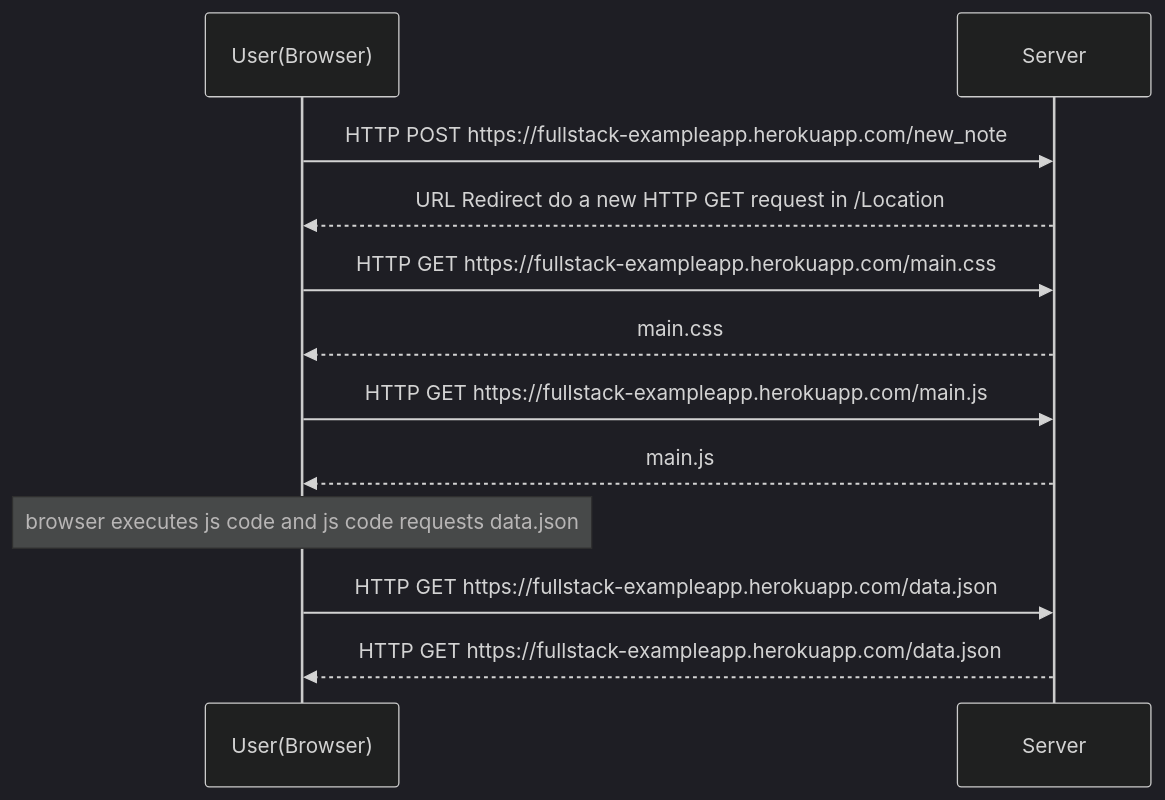
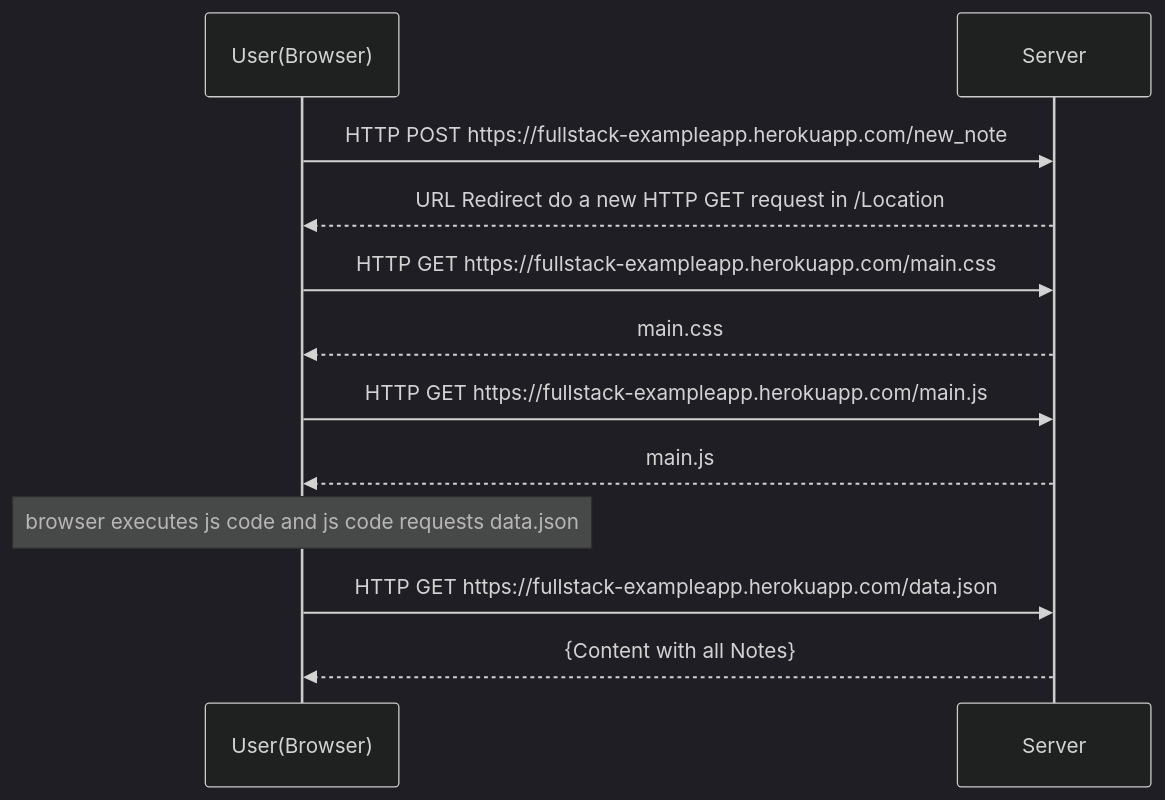
The diagram in part0/0.4: New note diagram.md (Midastgk/fullstackopen), drawn with Mermaid (dark theme) before and after one commit.

Commit message:
Update 0.4: New note diagram.md

````diff
--- a/part0/0.4: New note diagram.md
+++ b/part0/0.4: New note diagram.md
@@ -1,15 +1,14 @@
 ```mermaid
 sequenceDiagram
     participant User(Browser)
     participant Server
     User(Browser)->>Server: HTTP POST https://fullstack-exampleapp.herokuapp.com/new_note
     Server-->>User(Browser): URL Redirect do a new HTTP GET request in /Location
     User(Browser)->>Server: HTTP GET https://fullstack-exampleapp.herokuapp.com/main.css
     Server-->>User(Browser): main.css
     User(Browser)->>Server: HTTP GET https://fullstack-exampleapp.herokuapp.com/main.js
     Server-->>User(Browser): main.js
     Note over User(Browser): browser executes js code and js code requests data.json
     User(Browser)->>Server: HTTP GET https://fullstack-exampleapp.herokuapp.com/data.json
-    Server-->>User(Browser): HTTP GET https://fullstack-exampleapp.herokuapp.com/data.json
-    
+    Server-->>User(Browser): {Content with all Notes}    
 ```
````
